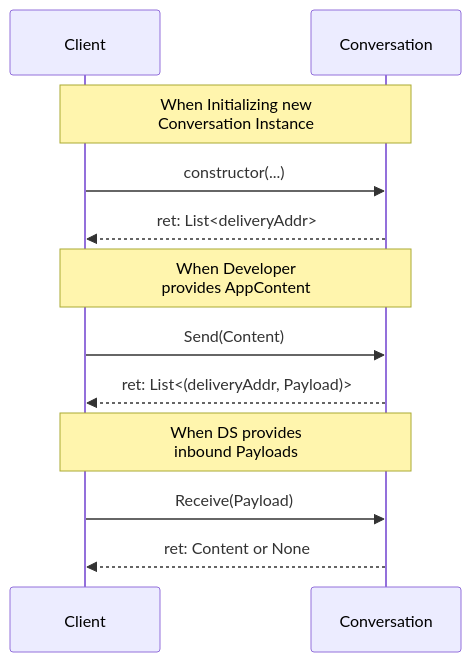
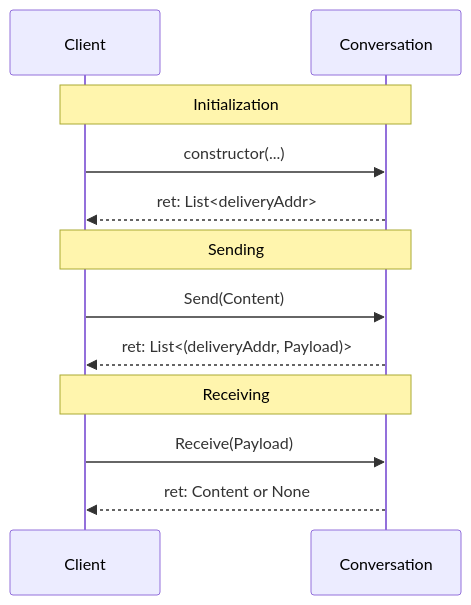
The diagram in docs/messaging/raw/conversationtypes.md (logos-co/logos-lips), drawn with Mermaid before and after one commit. The commit also changed other lines of this file, not shown here.

````diff
--- a/docs/messaging/raw/conversationtypes.md
+++ b/docs/messaging/raw/conversationtypes.md
@@ -61,20 +58,17 @@
 ```mermaid
 sequenceDiagram
     participant A as Client
     participant C as Conversation
-    
-    Note over A,C : When Initializing new <br> Conversation Instance
 
+    Note over A,C : Initialization
     A ->> C: constructor(...)
     C -->> A: ret: List<deliveryAddr>
 
-    Note over A,C :When Developer <br> provides AppContent
-
+    Note over A,C : Sending
     A ->> C : Send(Content)
     C -->> A : ret: List<(deliveryAddr, Payload)>
 
-    Note over A,C :When DS provides <br> inbound Payloads
-
+    Note over A,C : Receiving
     A ->> C : Receive(Payload)
     C -->> A : ret: Content or None
 ```
````
